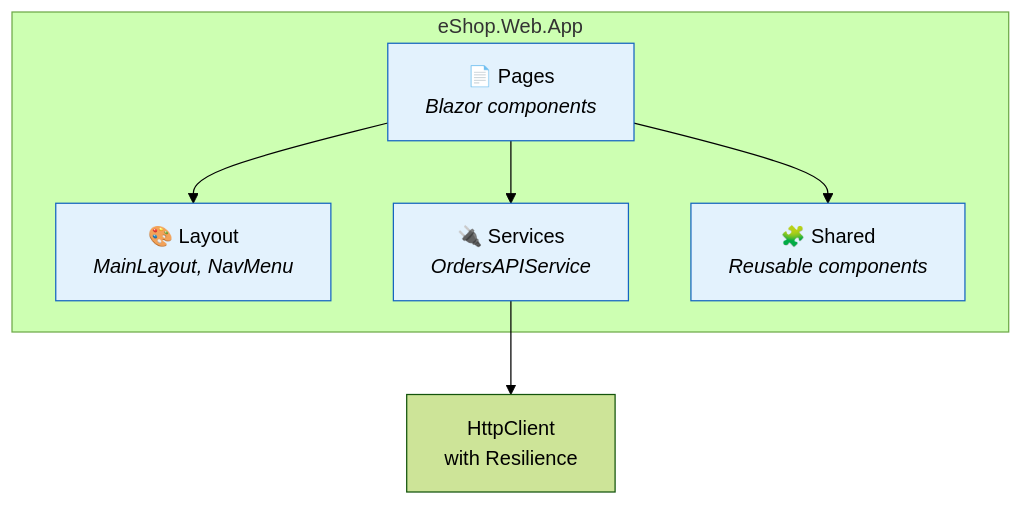
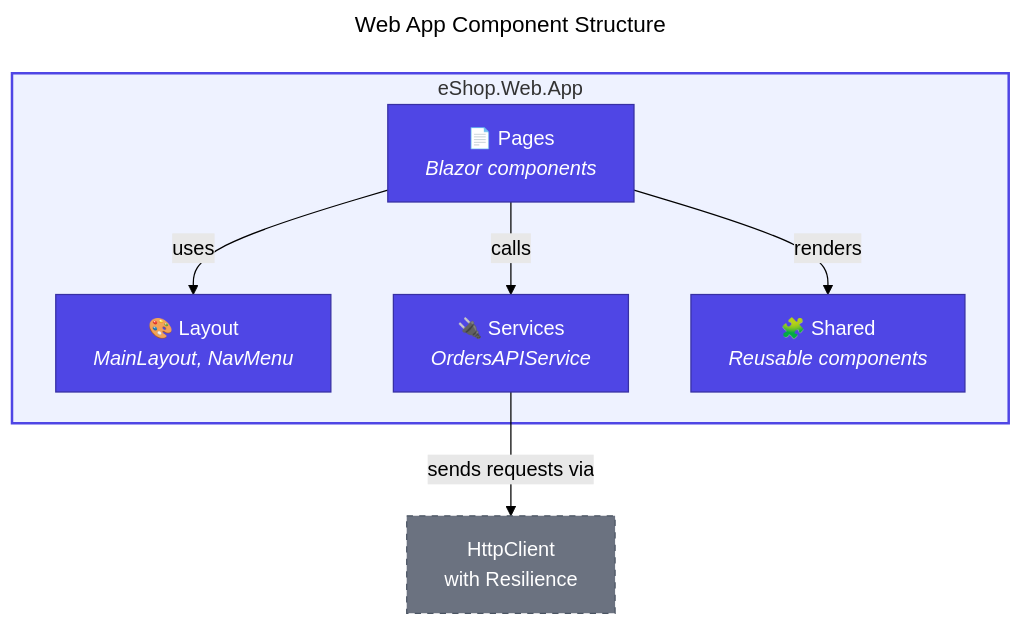
Before and after one commit to Evilazaro/Azure-LogicApps-Monitoring: the third of 5 diagrams in docs/architecture/03-application-architecture.md, drawn with Mermaid (forest theme). The commit also changed other lines of this file, not shown here.

Commit message:
feat: Enhance application architecture documentation with updated landscape maps and component structures

````diff
--- a/docs/architecture/03-application-architecture.md
+++ b/docs/architecture/03-application-architecture.md
@@ -183,17 +215,33 @@
 ```mermaid
+---
+title: Web App Component Structure
+---
 flowchart TB
+    %% ===== WEBAPP COMPONENTS =====
     subgraph WebApp["eShop.Web.App"]
         Pages["📄 Pages<br/><i>Blazor components</i>"]
         Layout["🎨 Layout<br/><i>MainLayout, NavMenu</i>"]
         Services["🔌 Services<br/><i>OrdersAPIService</i>"]
         Shared["🧩 Shared<br/><i>Reusable components</i>"]
     end
 
-    Pages --> Layout
-    Pages --> Services
-    Pages --> Shared
-    Services --> HTTP["HttpClient<br/>with Resilience"]
+    %% ===== EXTERNAL DEPENDENCIES =====
+    HTTP["HttpClient<br/>with Resilience"]
 
-    classDef layer fill:#e3f2fd,stroke:#1565c0
-    class Pages,Layout,Services,Shared layer
+    %% ===== CONNECTIONS =====
+    Pages -->|"uses"| Layout
+    Pages -->|"calls"| Services
+    Pages -->|"renders"| Shared
+    Services -->|"sends requests via"| HTTP
+
+    %% ===== STYLES - NODE CLASSES =====
+    classDef primary fill:#4F46E5,stroke:#3730A3,color:#FFFFFF
+    classDef external fill:#6B7280,stroke:#4B5563,color:#FFFFFF,stroke-dasharray:5 5
+
+    %% ===== CLASS ASSIGNMENTS =====
+    class Pages,Layout,Services,Shared primary
+    class HTTP external
+
+    %% ===== SUBGRAPH STYLES =====
+    style WebApp fill:#EEF2FF,stroke:#4F46E5,stroke-width:2px
 ```
````
